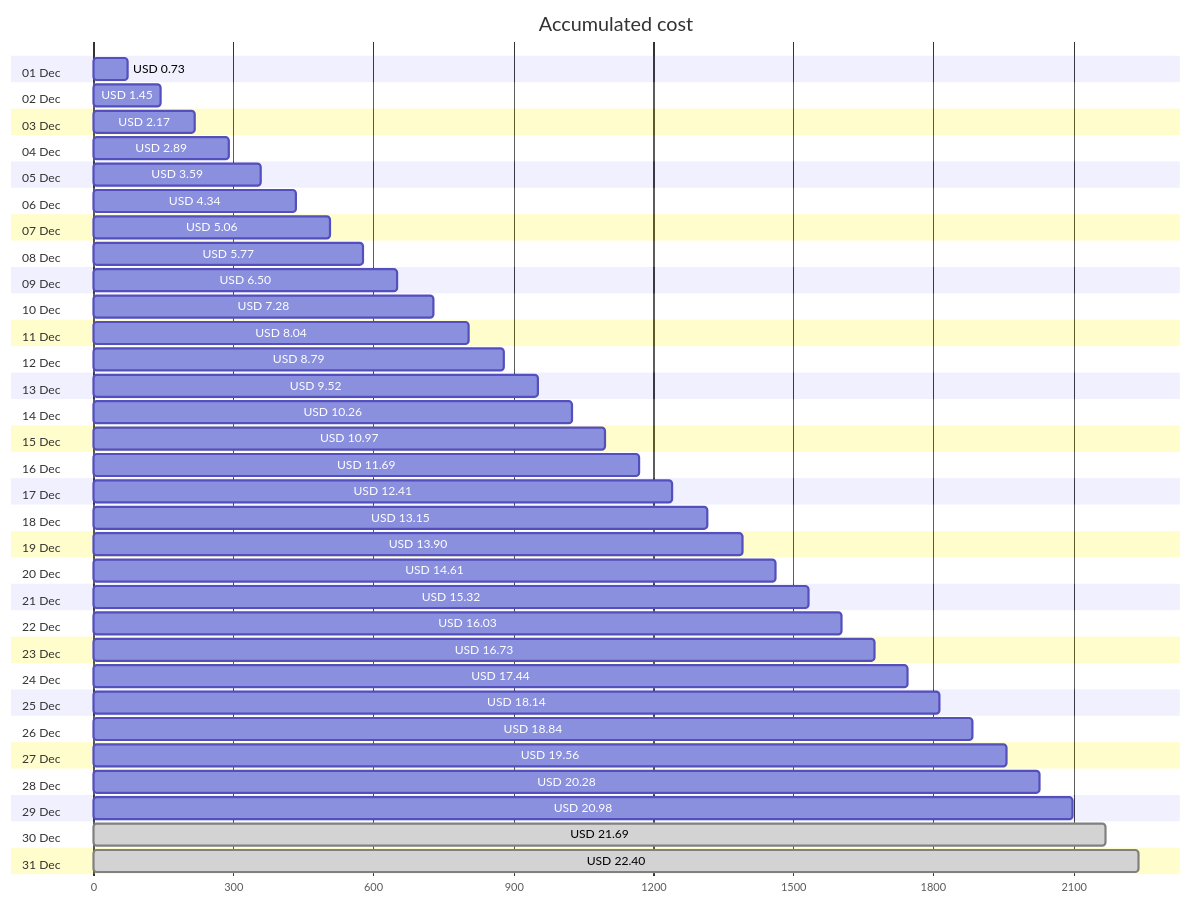
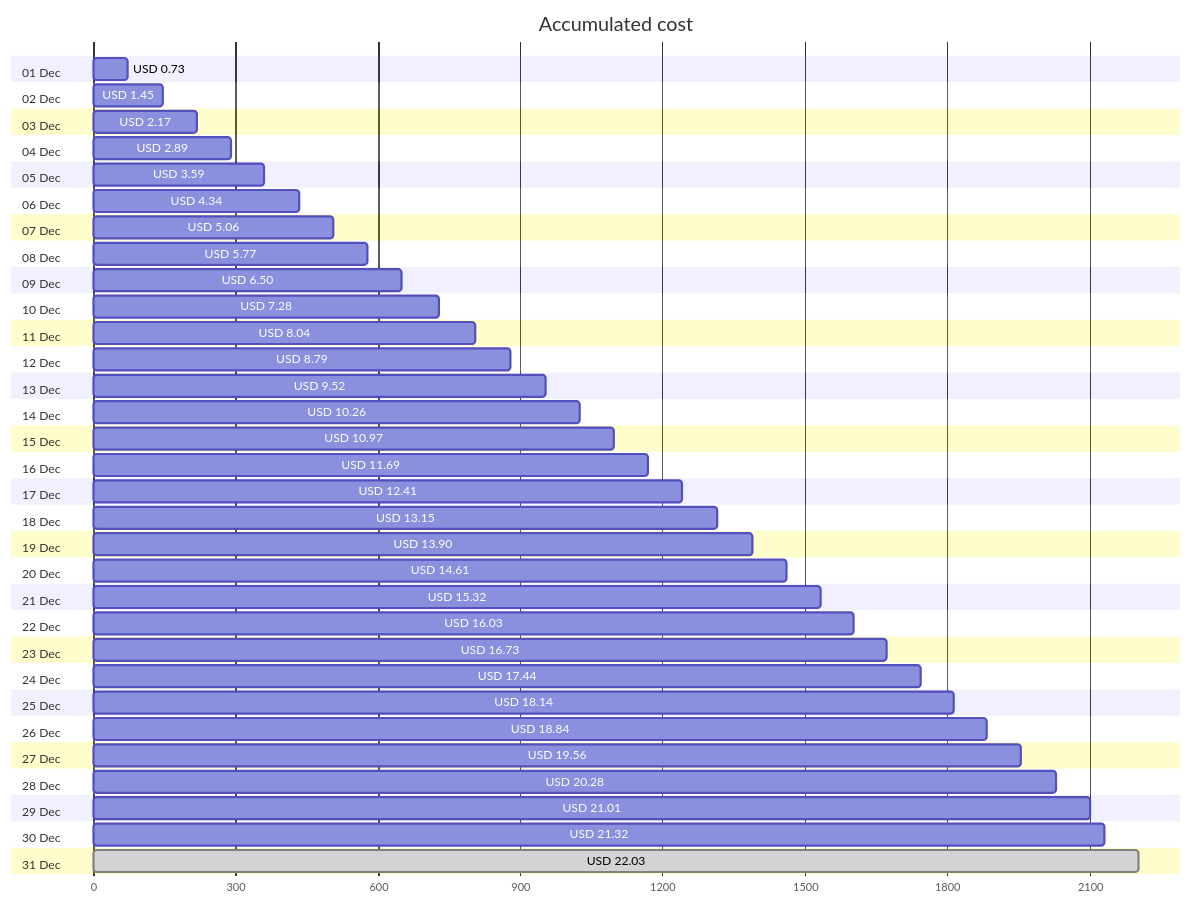
One commit to jpfulton/azure-personal-reports changed the first of 4 diagrams in cost-reports/personal-network/backup-server-data-disk.md. Above: the diagram before and after it, drawn with Mermaid. The commit also changed other lines of this file and 8 other files, not shown here.

````diff
--- a/cost-reports/personal-network/backup-server-data-disk.md
+++ b/cost-reports/personal-network/backup-server-data-disk.md
@@ -20,68 +20,68 @@
 ```mermaid
 gantt
    title Accumulated cost
    dateFormat  X
    axisFormat %s
    section 01 Dec
    USD 0.73 :0, 73
    section 02 Dec
    USD 1.45 :0, 145
    section 03 Dec
    USD 2.17 :0, 217
    section 04 Dec
    USD 2.89 :0, 289
    section 05 Dec
    USD 3.59 :0, 359
    section 06 Dec
    USD 4.34 :0, 434
    section 07 Dec
    USD 5.06 :0, 506
    section 08 Dec
    USD 5.77 :0, 577
    section 09 Dec
    USD 6.50 :0, 650
    section 10 Dec
    USD 7.28 :0, 728
    section 11 Dec
    USD 8.04 :0, 804
    section 12 Dec
    USD 8.79 :0, 879
    section 13 Dec
    USD 9.52 :0, 952
    section 14 Dec
    USD 10.26 :0, 1026
    section 15 Dec
    USD 10.97 :0, 1097
    section 16 Dec
    USD 11.69 :0, 1169
    section 17 Dec
    USD 12.41 :0, 1241
    section 18 Dec
    USD 13.15 :0, 1315
    section 19 Dec
    USD 13.90 :0, 1390
    section 20 Dec
    USD 14.61 :0, 1461
    section 21 Dec
    USD 15.32 :0, 1532
    section 22 Dec
    USD 16.03 :0, 1603
    section 23 Dec
    USD 16.73 :0, 1673
    section 24 Dec
    USD 17.44 :0, 1744
    section 25 Dec
    USD 18.14 :0, 1814
    section 26 Dec
    USD 18.84 :0, 1884
    section 27 Dec
    USD 19.56 :0, 1956
    section 28 Dec
    USD 20.28 :0, 2028
    section 29 Dec
-   USD 20.98 :0, 2098
+   USD 21.01 :0, 2101
    section 30 Dec
-   USD 21.69 : done, 0, 2169
+   USD 21.32 :0, 2132
    section 31 Dec
-   USD 22.40 : done, 0, 2240
+   USD 22.03 : done, 0, 2203
 ```
````
